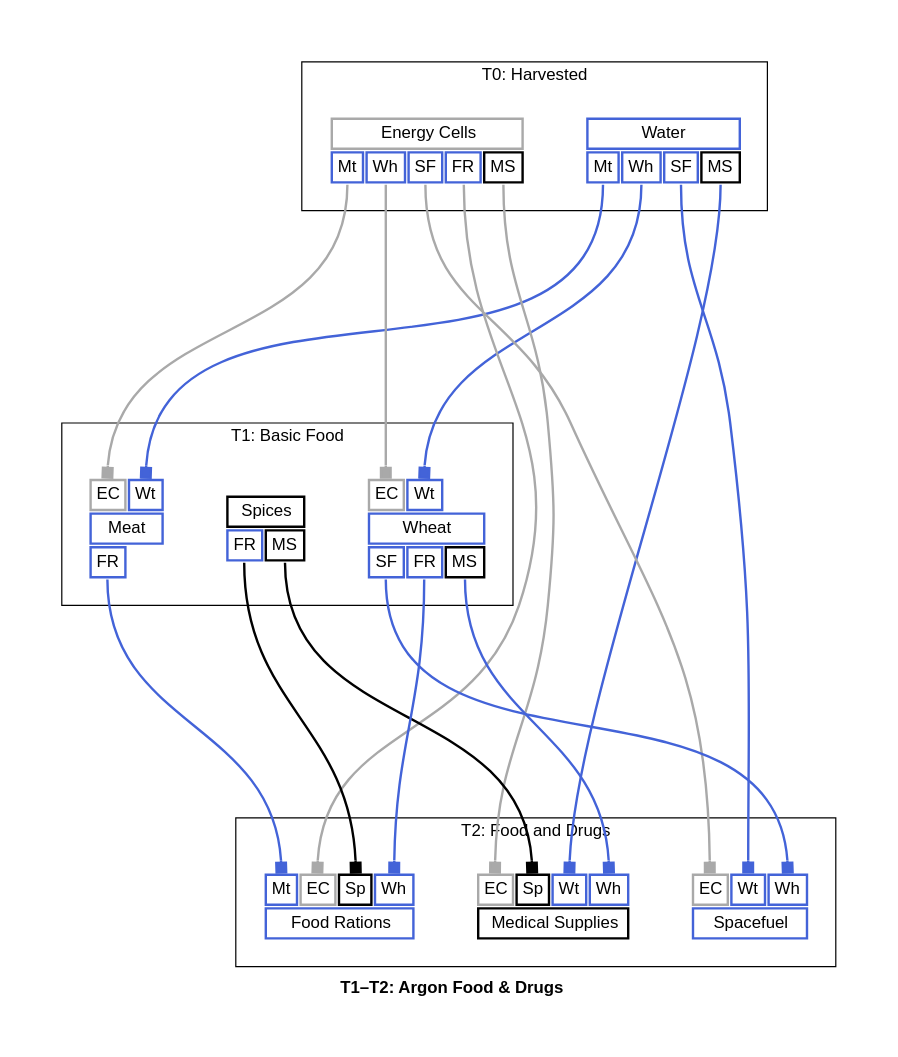
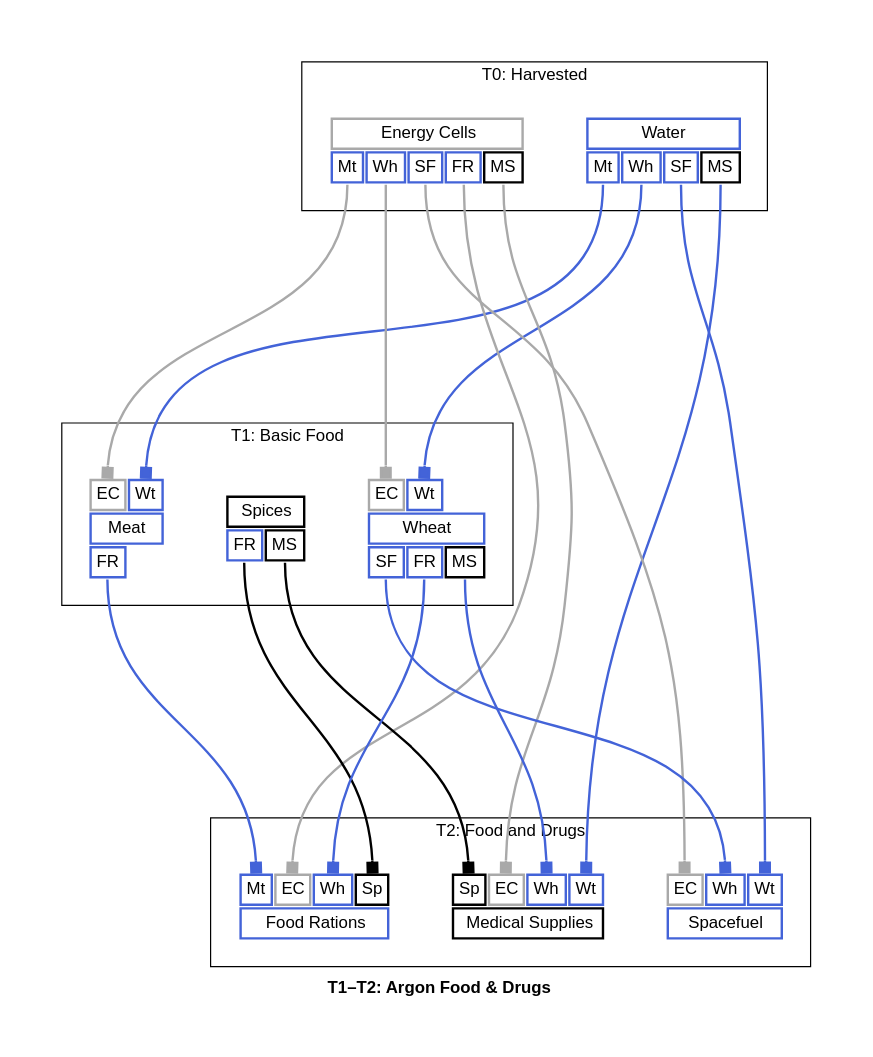
One commit to borntyping/x4-diagrams changed the diagram in docs/t1_t2_argon_food_drugs_graph_full.dot. Above: the diagram before and after it, drawn with Graphviz. The commit also changed other lines of this file and 73 other files, not shown here.

```diff
--- a/docs/t1_t2_argon_food_drugs_graph_full.dot
+++ b/docs/t1_t2_argon_food_drugs_graph_full.dot
@@ -1,188 +1,188 @@
 digraph "X4 Economy" {
 	edge [arrowType=normal]
 	compound=true fontname="Helvetica,Arial,sans-serif"
 	label=<<b>T1–T2: Argon Food &amp; Drugs</b>>
 	graph [nodesep=0.3 pad=0.5 ranksep=3]
 	node [color=slategray1 fontname="Helvetica,Arial,sans-serif" margin=0.2 penwidth=2.0 shape=plaintext]
 	edge [arrowhead=normal arrowsize=1.0 fontname="Helvetica,Arial,sans-serif" headport=n penwidth=2.0 tailport=s]
 	subgraph 0 {
 		cluster=true label="T0: Harvested"
 		water [label=<<table border="0" cellborder="2" cellpadding="4" cellspacing="1" fixedsize="false" id="water" port="output">
   
   <tr>
     <td align="text" bgcolor="white" color="#4363d8" colspan="4">Water</td>
   </tr>
   
     <tr>
       
         <td align="text" bgcolor="white" color="#4363d8" port="meat">Mt</td>
       
         <td align="text" bgcolor="white" color="#4363d8" port="wheat">Wh</td>
       
         <td align="text" bgcolor="white" color="#4363d8" port="spacefuel">SF</td>
       
         <td align="text" bgcolor="white" color="#000000" port="medical_supplies">MS</td>
       
     </tr>
   
 </table>>]
 		energy_cells [label=<<table border="0" cellborder="2" cellpadding="4" cellspacing="1" fixedsize="false" id="energy_cells" port="output">
   
   <tr>
     <td align="text" bgcolor="white" color="#a9a9a9" colspan="5">Energy Cells</td>
   </tr>
   
     <tr>
       
         <td align="text" bgcolor="white" color="#4363d8" port="meat">Mt</td>
       
         <td align="text" bgcolor="white" color="#4363d8" port="wheat">Wh</td>
       
         <td align="text" bgcolor="white" color="#4363d8" port="spacefuel">SF</td>
       
         <td align="text" bgcolor="white" color="#4363d8" port="food_rations">FR</td>
       
         <td align="text" bgcolor="white" color="#000000" port="medical_supplies">MS</td>
       
     </tr>
   
 </table>>]
 	}
 	subgraph 1 {
 		cluster=true label="T1: Basic Food"
 		meat [label=<<table border="0" cellborder="2" cellpadding="4" cellspacing="1" fixedsize="false" id="meat" port="output">
   
     <tr>
       
         <td align="text" bgcolor="white" color="#a9a9a9" port="energy_cells">EC</td>
       
         <td align="text" bgcolor="white" color="#4363d8" port="water">Wt</td>
       
     </tr>
   
   <tr>
     <td align="text" bgcolor="white" color="#4363d8" colspan="2">Meat</td>
   </tr>
   
     <tr>
       
         <td align="text" bgcolor="white" color="#4363d8" port="food_rations">FR</td>
       
     </tr>
   
 </table>>]
 		spices [label=<<table border="0" cellborder="2" cellpadding="4" cellspacing="1" fixedsize="false" id="spices" port="output">
   
   <tr>
     <td align="text" bgcolor="white" color="#000000" colspan="2">Spices</td>
   </tr>
   
     <tr>
       
         <td align="text" bgcolor="white" color="#4363d8" port="food_rations">FR</td>
       
         <td align="text" bgcolor="white" color="#000000" port="medical_supplies">MS</td>
       
     </tr>
   
 </table>>]
 		wheat [label=<<table border="0" cellborder="2" cellpadding="4" cellspacing="1" fixedsize="false" id="wheat" port="output">
   
     <tr>
       
         <td align="text" bgcolor="white" color="#a9a9a9" port="energy_cells">EC</td>
       
         <td align="text" bgcolor="white" color="#4363d8" port="water">Wt</td>
       
     </tr>
   
   <tr>
     <td align="text" bgcolor="white" color="#4363d8" colspan="3">Wheat</td>
   </tr>
   
     <tr>
       
         <td align="text" bgcolor="white" color="#4363d8" port="spacefuel">SF</td>
       
         <td align="text" bgcolor="white" color="#4363d8" port="food_rations">FR</td>
       
         <td align="text" bgcolor="white" color="#000000" port="medical_supplies">MS</td>
       
     </tr>
   
 </table>>]
 	}
 	subgraph 2 {
 		cluster=true label="T2: Food and Drugs"
 		spacefuel [label=<<table border="0" cellborder="2" cellpadding="4" cellspacing="1" fixedsize="false" id="spacefuel" port="output">
   
     <tr>
       
         <td align="text" bgcolor="white" color="#a9a9a9" port="energy_cells">EC</td>
       
+        <td align="text" bgcolor="white" color="#4363d8" port="wheat">Wh</td>
+      
         <td align="text" bgcolor="white" color="#4363d8" port="water">Wt</td>
-      
-        <td align="text" bgcolor="white" color="#4363d8" port="wheat">Wh</td>
       
     </tr>
   
   <tr>
     <td align="text" bgcolor="white" color="#4363d8" colspan="3">Spacefuel</td>
   </tr>
   
 </table>>]
 		food_rations [label=<<table border="0" cellborder="2" cellpadding="4" cellspacing="1" fixedsize="false" id="food_rations" port="output">
   
     <tr>
       
         <td align="text" bgcolor="white" color="#4363d8" port="meat">Mt</td>
       
         <td align="text" bgcolor="white" color="#a9a9a9" port="energy_cells">EC</td>
       
+        <td align="text" bgcolor="white" color="#4363d8" port="wheat">Wh</td>
+      
         <td align="text" bgcolor="white" color="#000000" port="spices">Sp</td>
-      
-        <td align="text" bgcolor="white" color="#4363d8" port="wheat">Wh</td>
       
     </tr>
   
   <tr>
     <td align="text" bgcolor="white" color="#4363d8" colspan="4">Food Rations</td>
   </tr>
   
 </table>>]
 		medical_supplies [label=<<table border="0" cellborder="2" cellpadding="4" cellspacing="1" fixedsize="false" id="medical_supplies" port="output">
   
     <tr>
       
+        <td align="text" bgcolor="white" color="#000000" port="spices">Sp</td>
+      
         <td align="text" bgcolor="white" color="#a9a9a9" port="energy_cells">EC</td>
       
-        <td align="text" bgcolor="white" color="#000000" port="spices">Sp</td>
+        <td align="text" bgcolor="white" color="#4363d8" port="wheat">Wh</td>
       
         <td align="text" bgcolor="white" color="#4363d8" port="water">Wt</td>
-      
-        <td align="text" bgcolor="white" color="#4363d8" port="wheat">Wh</td>
       
     </tr>
   
   <tr>
     <td align="text" bgcolor="white" color="#000000" colspan="4">Medical Supplies</td>
   </tr>
   
 </table>>]
 	}
 	energy_cells:meat:s -> meat:energy_cells:n [arrowhead=box color="#a9a9a9" weight=1.0]
 	water:meat:s -> meat:water:n [arrowhead=box color="#4363d8" weight=1.0]
 	energy_cells:wheat:s -> wheat:energy_cells:n [arrowhead=box color="#a9a9a9" weight=1.0]
 	water:wheat:s -> wheat:water:n [arrowhead=box color="#4363d8" weight=1.0]
 	energy_cells:spacefuel:s -> spacefuel:energy_cells:n [arrowhead=box color="#a9a9a9" weight=1.0]
 	water:spacefuel:s -> spacefuel:water:n [arrowhead=box color="#4363d8" weight=1.0]
 	wheat:spacefuel:s -> spacefuel:wheat:n [arrowhead=box color="#4363d8" weight=1.0]
 	energy_cells:food_rations:s -> food_rations:energy_cells:n [arrowhead=box color="#a9a9a9" weight=1.0]
 	meat:food_rations:s -> food_rations:meat:n [arrowhead=box color="#4363d8" weight=1.0]
 	spices:food_rations:s -> food_rations:spices:n [arrowhead=box color="#000000" weight=1.0]
 	wheat:food_rations:s -> food_rations:wheat:n [arrowhead=box color="#4363d8" weight=1.0]
 	energy_cells:medical_supplies:s -> medical_supplies:energy_cells:n [arrowhead=box color="#a9a9a9" weight=1.0]
 	spices:medical_supplies:s -> medical_supplies:spices:n [arrowhead=box color="#000000" weight=1.0]
 	water:medical_supplies:s -> medical_supplies:water:n [arrowhead=box color="#4363d8" weight=1.0]
 	wheat:medical_supplies:s -> medical_supplies:wheat:n [arrowhead=box color="#4363d8" weight=1.0]
 }
```
